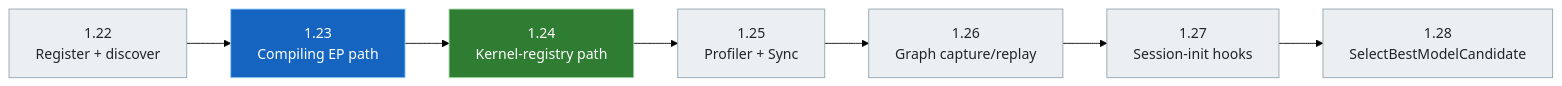
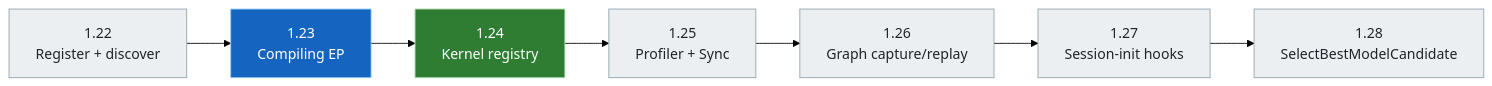
One commit to DakeQQ/Tutorial-ONNX-Runtime-Execution-Providers changed diagram 11 of 13 in PluginEP/README.md. Above: the diagram before and after it, drawn with Mermaid (forest theme). The commit also changed other lines of this file and 15 other files, not shown here.

````diff
--- a/PluginEP/README.md
+++ b/PluginEP/README.md
@@ -394,14 +401,11 @@
 ```mermaid
 flowchart LR
-    V22["1.22<br/>Register + discover"] --> V23["1.23<br/>Compiling EP path"]
-    V23 --> V24["1.24<br/>Kernel-registry path"]
-    V24 --> V25["1.25<br/>Profiler + Sync"]
-    V25 --> V26["1.26<br/>Graph capture/replay"]
-    V26 --> V27["1.27<br/>Session-init hooks"]
-    V27 --> V28["1.28<br/>SelectBestModelCandidate"]
+    V22["1.22<br/>Register + discover"] --> V23["1.23<br/>Compiling EP"] --> V24["1.24<br/>Kernel registry"] --> V25["1.25<br/>Profiler + Sync"] --> V26["1.26<br/>Graph capture/replay"] --> V27["1.27<br/>Session-init hooks"] --> V28["1.28<br/>SelectBestModelCandidate"]
 
-    style V23 fill:#1565c0,stroke:#90caf9,color:#ffffff
-    style V24 fill:#2e7d32,stroke:#a5d6a7,color:#ffffff
+    class V22,V25,V26,V27,V28 leaf
+    class V23 blue
+    class V24 green
     classDef leaf fill:#eceff1,stroke:#90a4ae,color:#20242b
-    class V22,V25,V26,V27,V28 leaf
+    classDef blue fill:#1565c0,stroke:#90caf9,color:#ffffff
+    classDef green fill:#2e7d32,stroke:#a5d6a7,color:#ffffff
 ```
````
